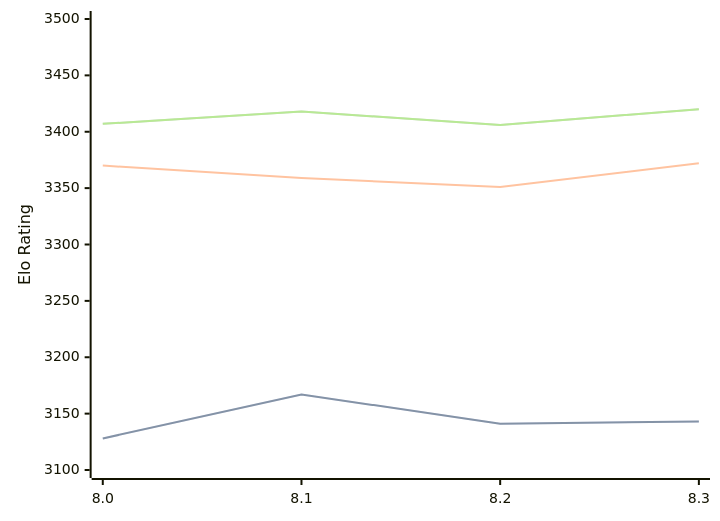
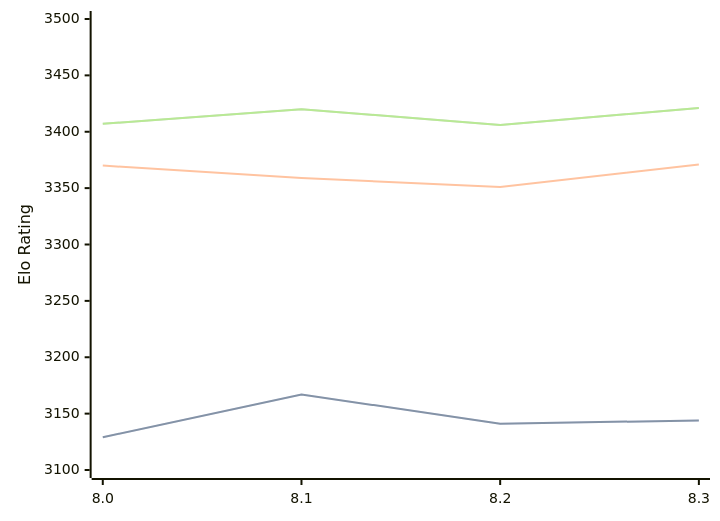
The diagram in engines/Alexander.md (computer-chess-index/cci), drawn with Mermaid before and after one commit. The commit also changed other lines of this file, not shown here.

Commit message:
Update CCI Ratings (ELO VLTC) - 2026-08-10

````diff
--- a/engines/Alexander.md
+++ b/engines/Alexander.md
@@ -34,11 +34,11 @@
 ```mermaid
 %%{init: {"theme":"base","themeVariables":{"seriesColors:['#a3a3a3','#222221','#faa371']}}}%%
 xychart-beta
   x-axis ["8.0", "8.1", "8.2", "8.3"]
   y-axis "Elo Rating" 3100 --> 3500
-  line "STC (8.0+0.08s)" [3128, 3167, 3141, 3143]
-  line "STC (8.0+0.08s)" [3128, 3167, 3141, 3143]
-  line "LTC (60.0+0.60s)" [3370, 3359, 3351, 3372]
-  line "VLTC (2m24s+1.12s)" [3407, 3418, 3406, 3420]
-  line "VLTC (2m24s+1.12s)" [3407, 3418, 3406, 3420]
+  line "STC (8.0+0.08s)" [3129, 3167, 3141, 3144]
+  line "STC (8.0+0.08s)" [3129, 3167, 3141, 3144]
+  line "LTC (60.0+0.60s)" [3370, 3359, 3351, 3371]
+  line "VLTC (2m24s+1.12s)" [3407, 3420, 3406, 3421]
+  line "VLTC (2m24s+1.12s)" [3407, 3420, 3406, 3421]
 ```
````
